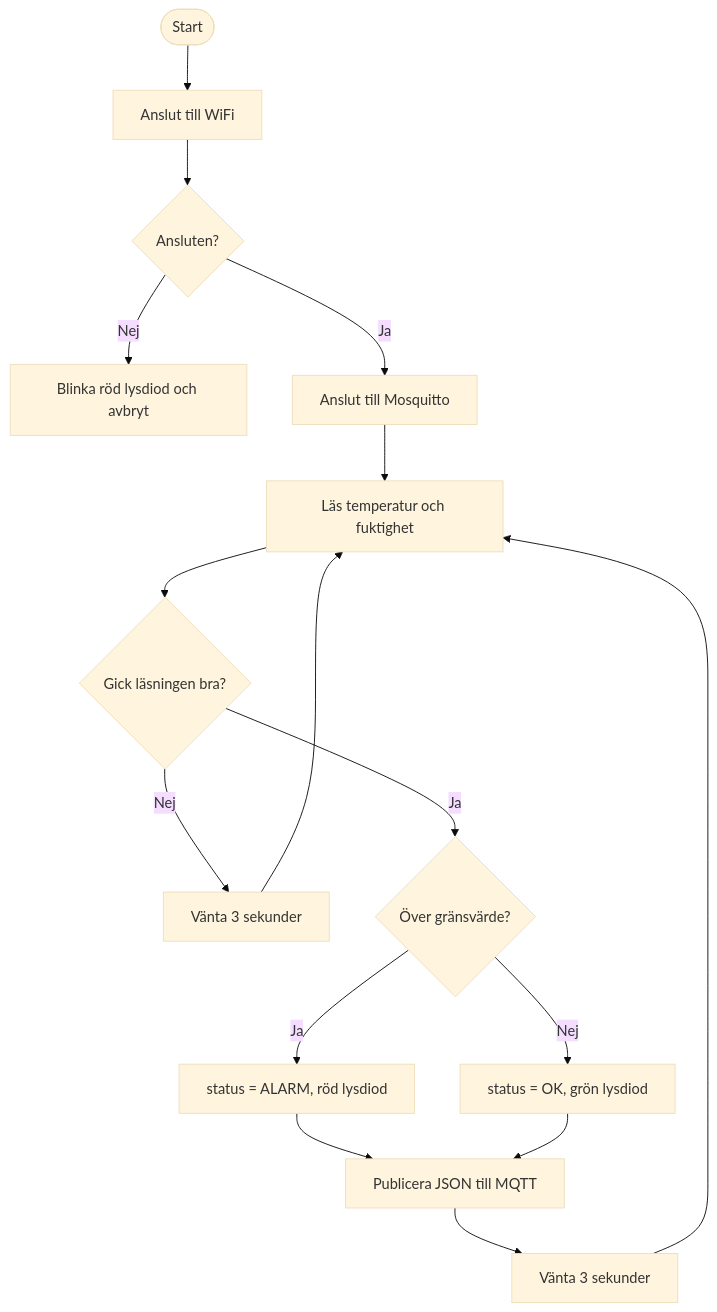
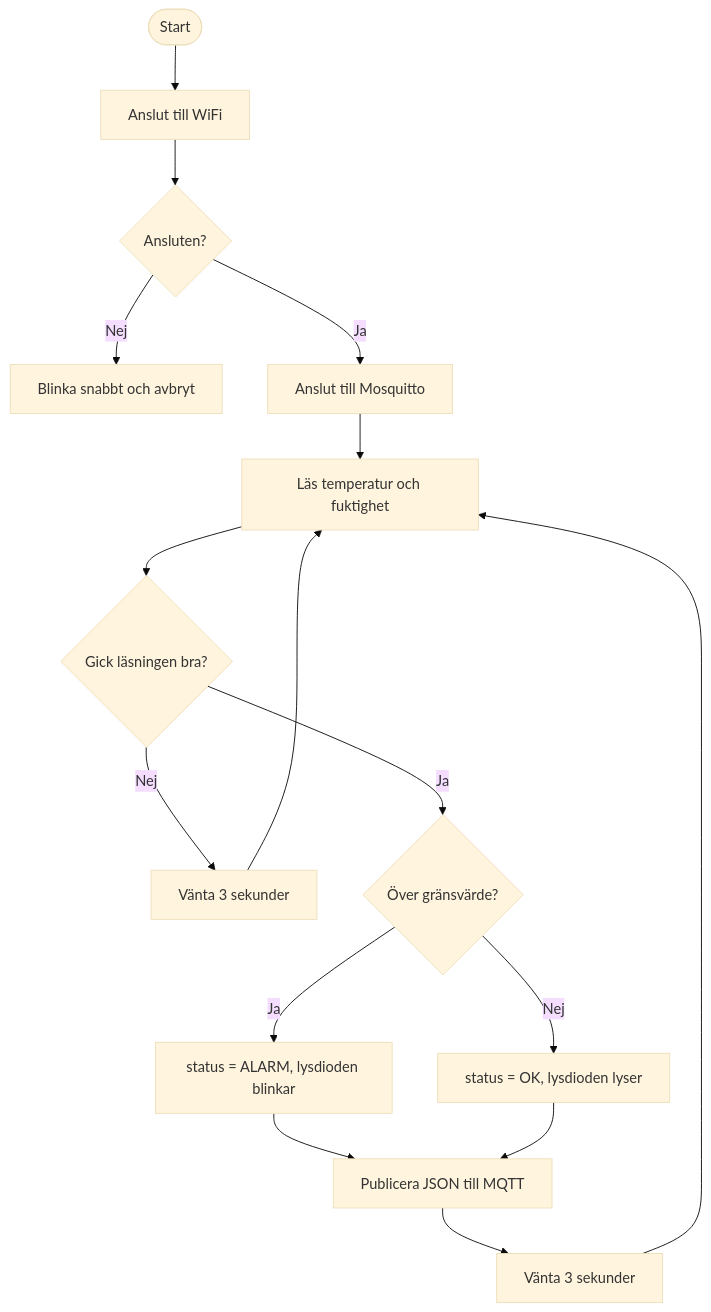
Before and after one commit to hencyber/pico-serverrum: the second of 2 diagrams in README.md, drawn with Mermaid (base theme). The commit also changed other lines of this file and 5 other files, not shown here.

Commit message:
use one led that blinks on alarm since we only have a green one

````diff
--- a/README.md
+++ b/README.md
@@ -56,18 +55,18 @@
 ```mermaid
 flowchart TD
     Start([Start]) --> Wifi[Anslut till WiFi]
     Wifi --> Wifi_ok{Ansluten?}
-    Wifi_ok -->|Nej| Blink[Blinka röd lysdiod och avbryt]
+    Wifi_ok -->|Nej| Blink[Blinka snabbt och avbryt]
     Wifi_ok -->|Ja| Mqtt[Anslut till Mosquitto]
     Mqtt --> Read[Läs temperatur och fuktighet]
     Read --> Error{Gick läsningen bra?}
     Error -->|Nej| Wait[Vänta 3 sekunder]
     Wait --> Read
     Error -->|Ja| Check{Över gränsvärde?}
-    Check -->|Ja| Red[status = ALARM, röd lysdiod]
-    Check -->|Nej| Green[status = OK, grön lysdiod]
+    Check -->|Ja| Red[status = ALARM, lysdioden blinkar]
+    Check -->|Nej| Green[status = OK, lysdioden lyser]
     Red --> Publish[Publicera JSON till MQTT]
     Green --> Publish
     Publish --> Sleep[Vänta 3 sekunder]
     Sleep --> Read
 ```
````
